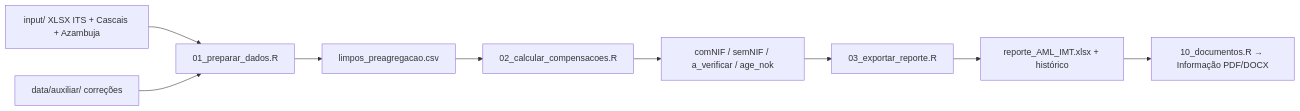
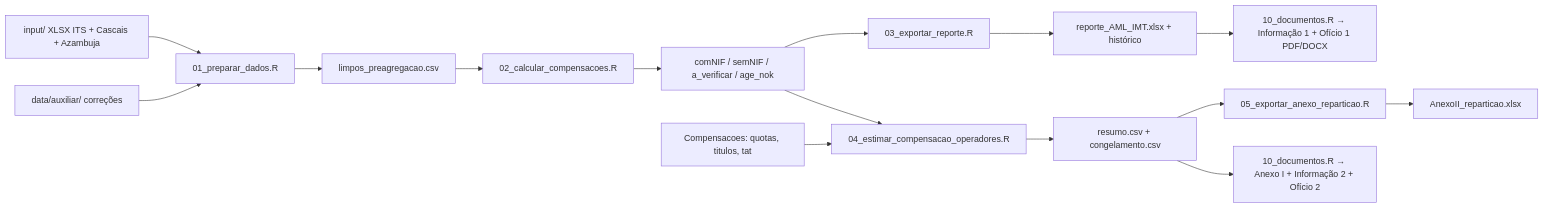
The diagram in README.md (tmlmobilidade/compensacoes-passejovem), drawn with Mermaid before and after one commit. The commit also changed other lines of this file and 1 other file, not shown here.

````diff
--- a/README.md
+++ b/README.md
@@ -97,11 +126,17 @@
 ```mermaid
 flowchart LR
     A[input/ XLSX ITS + Cascais + Azambuja] --> B[01_preparar_dados.R]
     X[data/auxiliar/ correções] --> B
     B --> C[limpos_preagregacao.csv]
     C --> D[02_calcular_compensacoes.R]
     D --> E[comNIF / semNIF / a_verificar / age_nok]
     E --> F[03_exportar_reporte.R]
     F --> G[reporte_AML_IMT.xlsx + histórico]
-    G --> H[10_documentos.R → Informação PDF/DOCX]
+    G --> H[10_documentos.R → Informação 1 + Ofício 1 PDF/DOCX]
+    E --> I[04_estimar_compensacao_operadores.R]
+    Q[Compensacoes: quotas, titulos, tat] --> I
+    I --> J[resumo.csv + congelamento.csv]
+    J --> K[05_exportar_anexo_reparticao.R]
+    K --> L[AnexoII_reparticao.xlsx]
+    J --> M[10_documentos.R → Anexo I + Informação 2 + Ofício 2]
 ```
````
